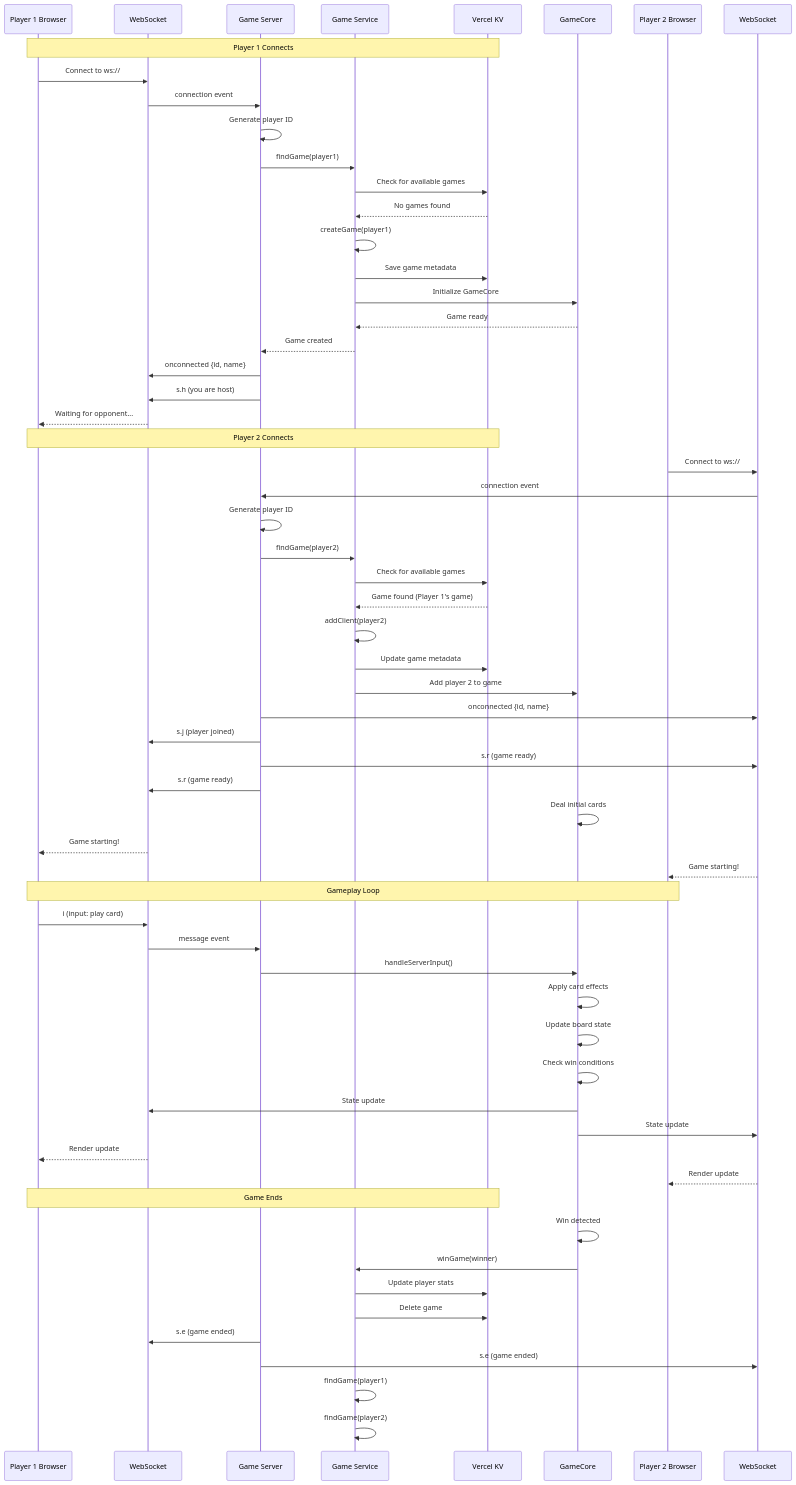
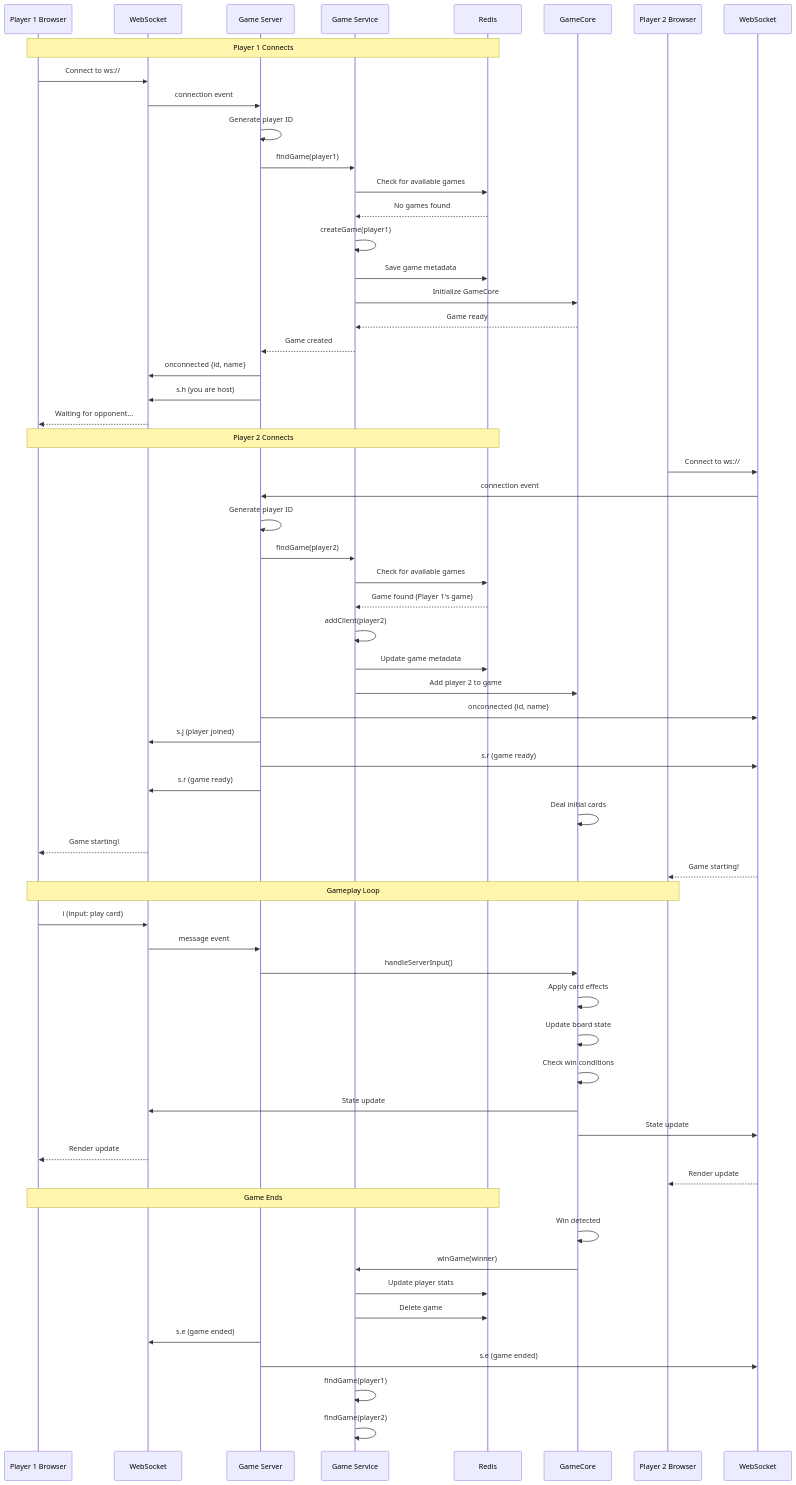
One commit to mcclowes/knights-and-crosses changed the second of 8 diagrams in ARCHITECTURE.md. Above: the diagram before and after it, drawn with Mermaid. The commit also changed other lines of this file and 6 other files, not shown here.

First line of the commit message:
Align docs with current Redis integration, drop stale @vercel/kv

````diff
--- a/ARCHITECTURE.md
+++ b/ARCHITECTURE.md
@@ -121,67 +121,67 @@
 ```mermaid
 sequenceDiagram
     participant P1 as Player 1 Browser
     participant WS1 as WebSocket
     participant Server as Game Server
     participant Service as Game Service
-    participant Redis as Vercel KV
+    participant Redis as Redis
     participant Core as GameCore
     participant P2 as Player 2 Browser
     participant WS2 as WebSocket
 
     Note over P1,Redis: Player 1 Connects
     P1->>WS1: Connect to ws://
     WS1->>Server: connection event
     Server->>Server: Generate player ID
     Server->>Service: findGame(player1)
     Service->>Redis: Check for available games
     Redis-->>Service: No games found
     Service->>Service: createGame(player1)
     Service->>Redis: Save game metadata
     Service->>Core: Initialize GameCore
     Core-->>Service: Game ready
     Service-->>Server: Game created
     Server->>WS1: onconnected {id, name}
     Server->>WS1: s.h (you are host)
     WS1-->>P1: Waiting for opponent...
 
     Note over P1,Redis: Player 2 Connects
     P2->>WS2: Connect to ws://
     WS2->>Server: connection event
     Server->>Server: Generate player ID
     Server->>Service: findGame(player2)
     Service->>Redis: Check for available games
     Redis-->>Service: Game found (Player 1's game)
     Service->>Service: addClient(player2)
     Service->>Redis: Update game metadata
     Service->>Core: Add player 2 to game
     Server->>WS2: onconnected {id, name}
     Server->>WS1: s.j (player joined)
     Server->>WS2: s.r (game ready)
     Server->>WS1: s.r (game ready)
     Core->>Core: Deal initial cards
     WS1-->>P1: Game starting!
     WS2-->>P2: Game starting!
 
     Note over P1,P2: Gameplay Loop
     P1->>WS1: i (input: play card)
     WS1->>Server: message event
     Server->>Core: handleServerInput()
     Core->>Core: Apply card effects
     Core->>Core: Update board state
     Core->>Core: Check win conditions
     Core->>WS1: State update
     Core->>WS2: State update
     WS1-->>P1: Render update
     WS2-->>P2: Render update
 
     Note over P1,Redis: Game Ends
     Core->>Core: Win detected
     Core->>Service: winGame(winner)
     Service->>Redis: Update player stats
     Service->>Redis: Delete game
     Server->>WS1: s.e (game ended)
     Server->>WS2: s.e (game ended)
     Service->>Service: findGame(player1)
     Service->>Service: findGame(player2)
 ```
````
